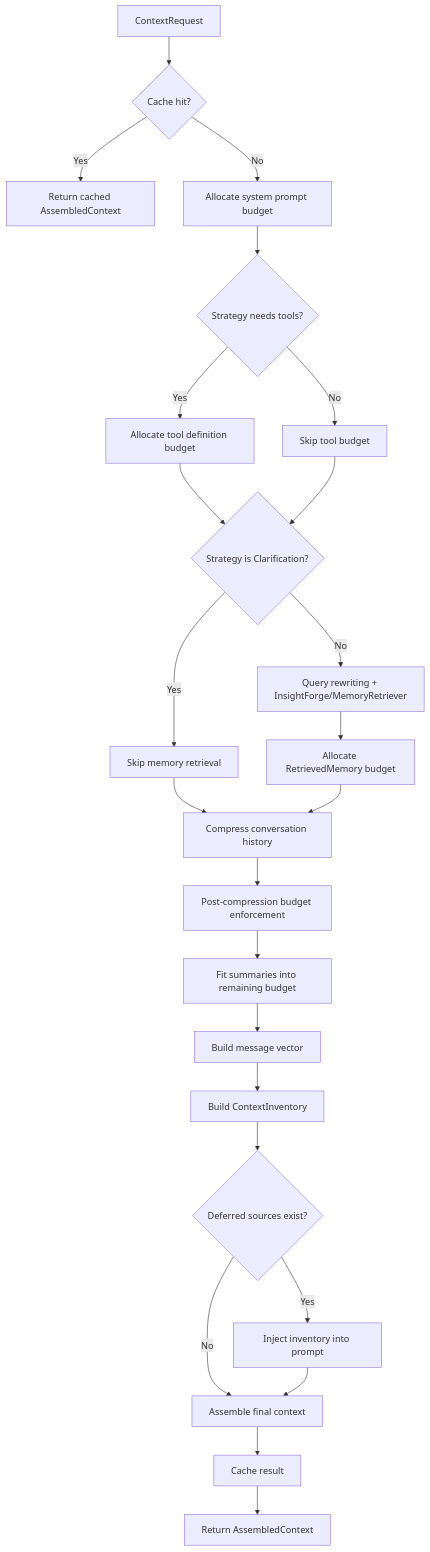
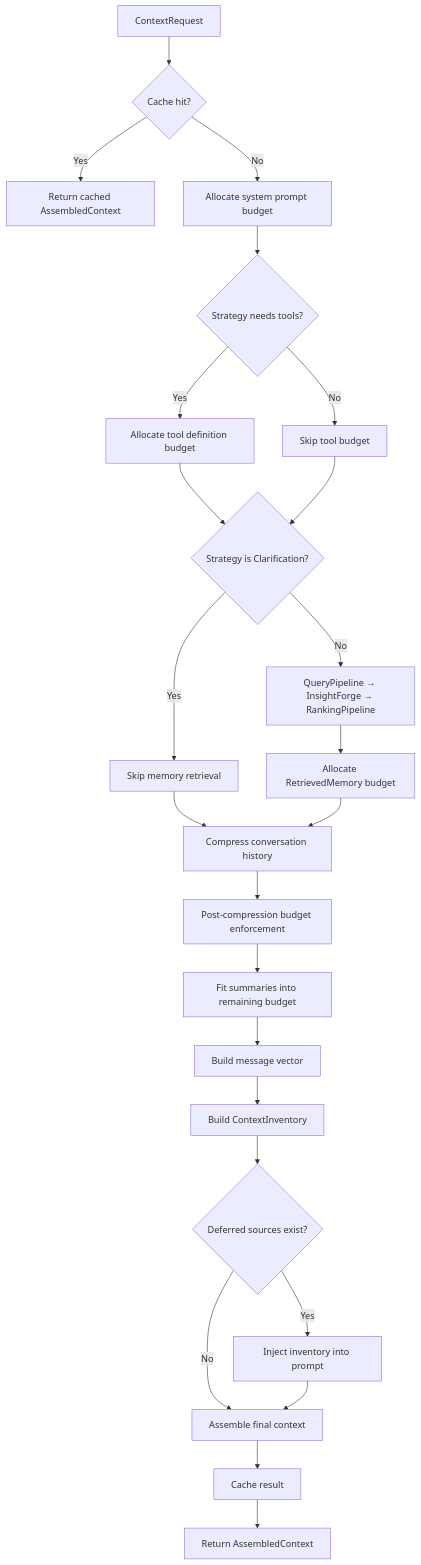
Before and after one commit to KlyntLabs/klyntbot: the diagram in docs/architecture/context-engine.md, drawn with Mermaid. The commit also changed other lines of this file and 39 other files, not shown here.

First line of the commit message:
feat: add Query Enhancement Pipeline with two-stage architecture

````diff
--- a/docs/architecture/context-engine.md
+++ b/docs/architecture/context-engine.md
@@ -372,26 +429,26 @@
 ```mermaid
 flowchart TD
     A[ContextRequest] --> B{Cache hit?}
     B -->|Yes| C[Return cached AssembledContext]
     B -->|No| D[Allocate system prompt budget]
     D --> E{Strategy needs tools?}
     E -->|Yes| F[Allocate tool definition budget]
     E -->|No| G[Skip tool budget]
     F --> H{Strategy is Clarification?}
     G --> H
     H -->|Yes| I[Skip memory retrieval]
-    H -->|No| J[Query rewriting + InsightForge/MemoryRetriever]
+    H -->|No| J[QueryPipeline → InsightForge → RankingPipeline]
     J --> K[Allocate RetrievedMemory budget]
     I --> L[Compress conversation history]
     K --> L
     L --> M[Post-compression budget enforcement]
     M --> N[Fit summaries into remaining budget]
     N --> O[Build message vector]
     O --> P[Build ContextInventory]
     P --> Q{Deferred sources exist?}
     Q -->|Yes| R[Inject inventory into prompt]
     Q -->|No| S[Assemble final context]
     R --> S
     S --> T[Cache result]
     T --> U[Return AssembledContext]
 ```
````
